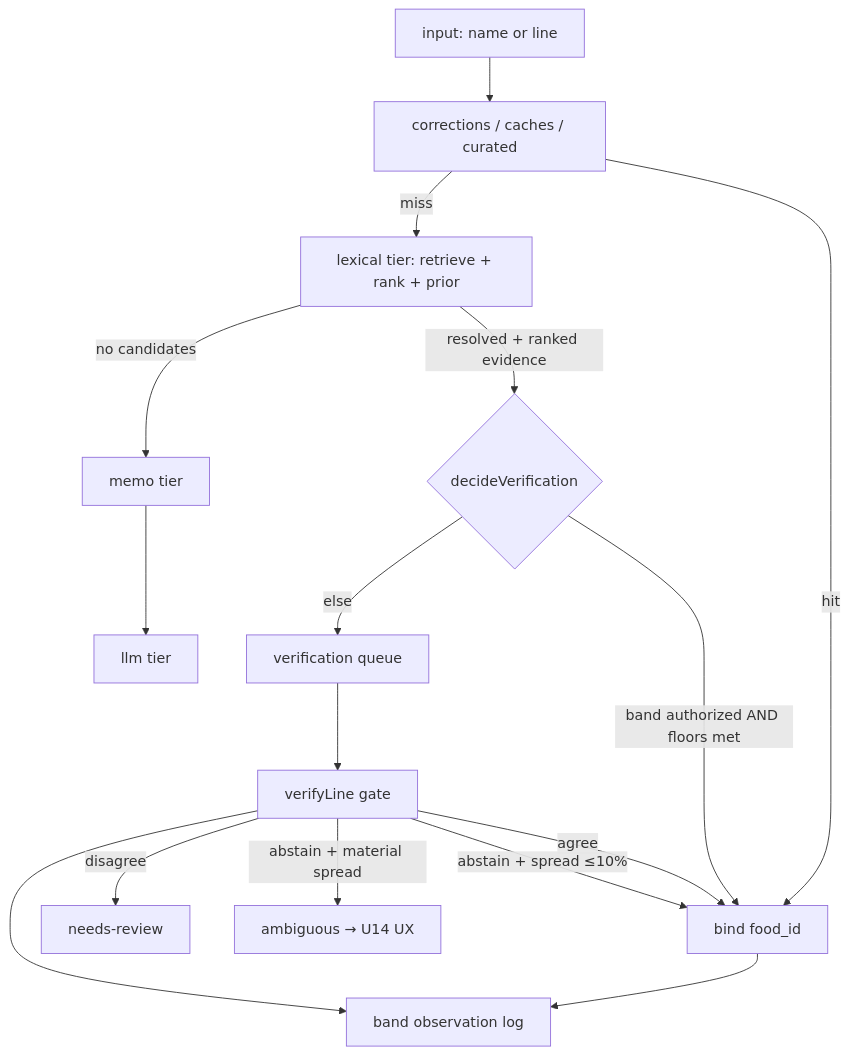
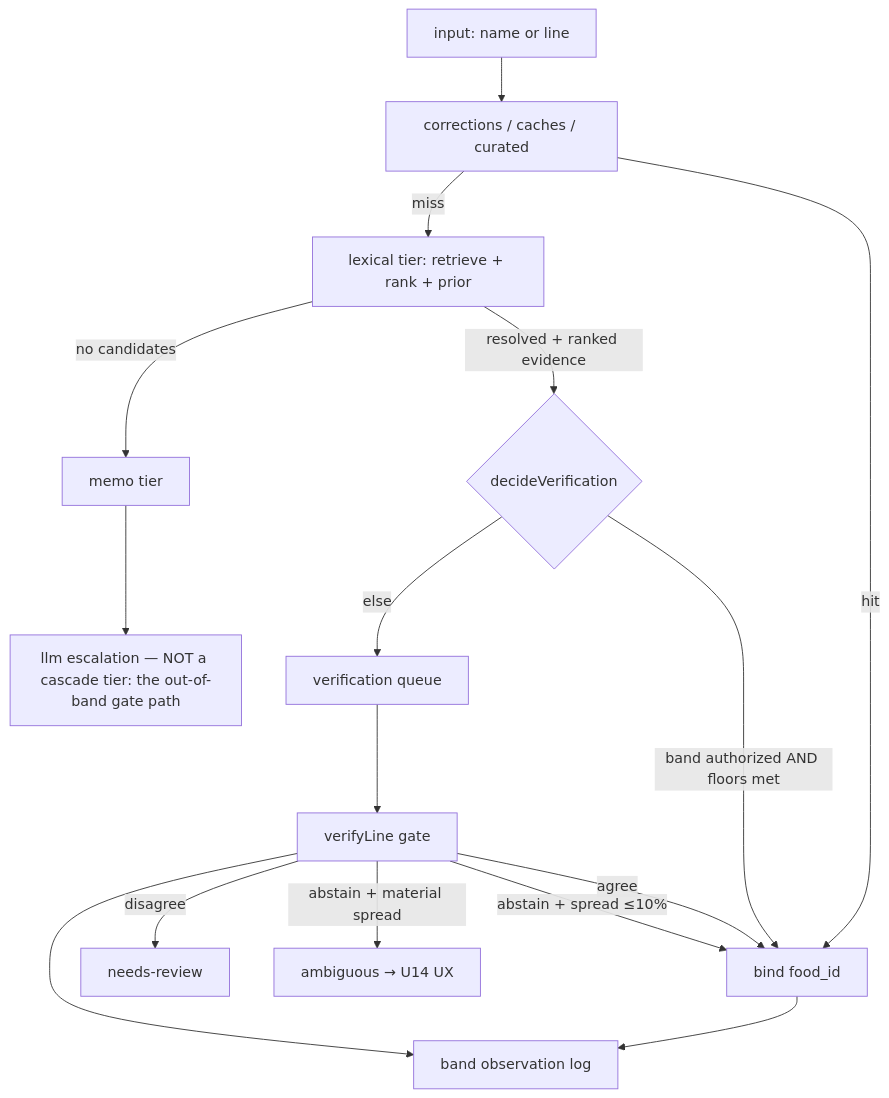
One commit to radicle-co/KitchenSink changed the first of 3 diagrams in docs/plans/2026-08-30-001-feat-resolution-funnel-earned-autonomy-plan.md. Above: the diagram before and after it, drawn with Mermaid. The commit also changed other lines of this file, not shown here.

````diff
--- a/docs/plans/2026-08-30-001-feat-resolution-funnel-earned-autonomy-plan.md
+++ b/docs/plans/2026-08-30-001-feat-resolution-funnel-earned-autonomy-plan.md
@@ -145,16 +162,16 @@
 ```mermaid
 flowchart TD
     A[input: name or line] --> B[corrections / caches / curated]
     B -->|miss| C[lexical tier: retrieve + rank + prior]
     C -->|resolved + ranked evidence| G{decideVerification}
     B -->|hit| BIND[bind food_id]
-    C -->|no candidates| M[memo tier] --> L[llm tier]
+    C -->|no candidates| M[memo tier] --> L[llm escalation — NOT a cascade tier: the out-of-band gate path]
     G -->|band authorized AND floors met| BIND
     G -->|else| Q[verification queue] --> V[verifyLine gate]
     V -->|agree| BIND
     V -->|disagree| NR[needs-review]
     V -->|abstain + material spread| AMB[ambiguous → U14 UX]
     V -->|abstain + spread ≤10%| BIND
     BIND --> OBS[band observation log]
     V --> OBS
 ```
````
